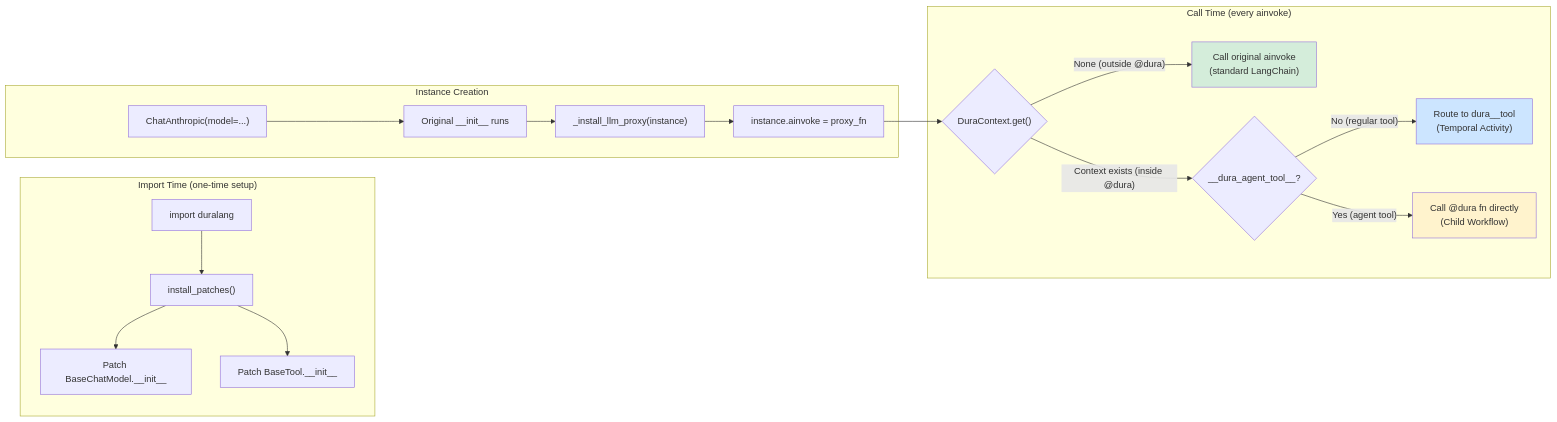
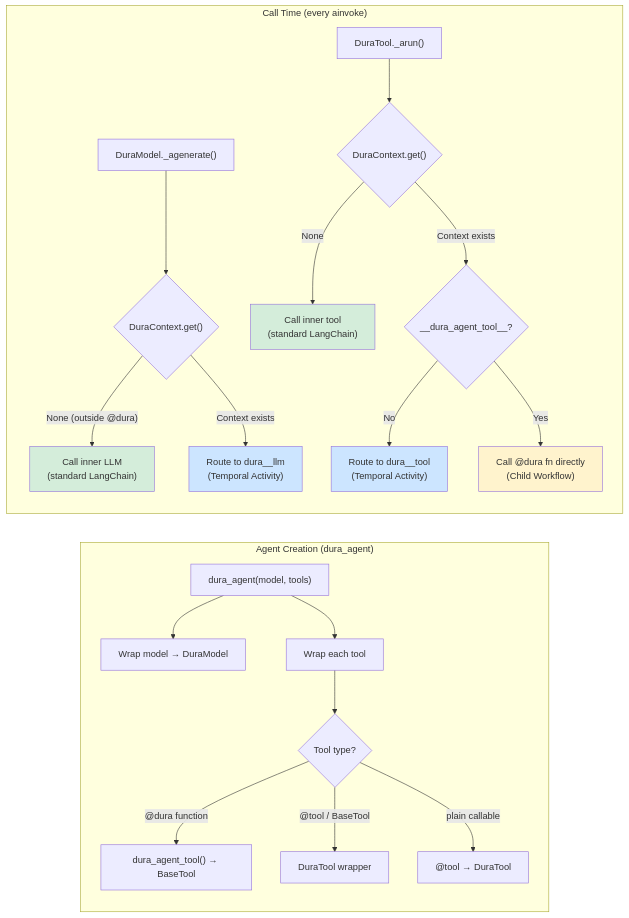
Before and after one commit to deepansh-saxena/DuraLang: the fifth of 8 diagrams in docs/architecture.md, drawn with Mermaid. The commit also changed other lines of this file and 97 other files, not shown here.

````diff
--- a/docs/architecture.md
+++ b/docs/architecture.md
@@ -227,26 +222,29 @@
 ```mermaid
 graph LR
-    subgraph "Import Time (one-time setup)"
-        A["import duralang"] --> B["install_patches()"]
-        B --> C["Patch BaseChatModel.__init__"]
-        B --> D["Patch BaseTool.__init__"]
-    end
-
-    subgraph "Instance Creation"
-        E["ChatAnthropic(model=...)"] --> F["Original __init__ runs"]
-        F --> G["_install_llm_proxy(instance)"]
-        G --> H["instance.ainvoke = proxy_fn"]
+    subgraph "Agent Creation (dura_agent)"
+        A["dura_agent(model, tools)"] --> B["Wrap model → DuraModel"]
+        A --> C["Wrap each tool"]
+        C --> D{"Tool type?"}
+        D -->|"@dura function"| E["dura_agent_tool() → BaseTool"]
+        D -->|"@tool / BaseTool"| F["DuraTool wrapper"]
+        D -->|"plain callable"| G["@tool → DuraTool"]
     end
 
     subgraph "Call Time (every ainvoke)"
-        H --> I{"DuraContext.get()"}
-        I -->|"None (outside @dura)"| J["Call original ainvoke<br/>(standard LangChain)"]
-        I -->|"Context exists (inside @dura)"| K{"__dura_agent_tool__?"}
-        K -->|"No (regular tool)"| L2["Route to dura__tool<br/>(Temporal Activity)"]
-        K -->|"Yes (agent tool)"| M2["Call @dura fn directly<br/>(Child Workflow)"]
+        H["DuraModel._agenerate()"] --> I{"DuraContext.get()"}
+        I -->|"None (outside @dura)"| J["Call inner LLM<br/>(standard LangChain)"]
+        I -->|"Context exists"| K["Route to dura__llm<br/>(Temporal Activity)"]
+
+        L["DuraTool._arun()"] --> M{"DuraContext.get()"}
+        M -->|"None"| N["Call inner tool<br/>(standard LangChain)"]
+        M -->|"Context exists"| O{"__dura_agent_tool__?"}
+        O -->|"No"| P["Route to dura__tool<br/>(Temporal Activity)"]
+        O -->|"Yes"| Q["Call @dura fn directly<br/>(Child Workflow)"]
     end
 
     style J fill:#d4edda
-    style L2 fill:#cce5ff
-    style M2 fill:#fff3cd
+    style N fill:#d4edda
+    style K fill:#cce5ff
+    style P fill:#cce5ff
+    style Q fill:#fff3cd
 ```
````
